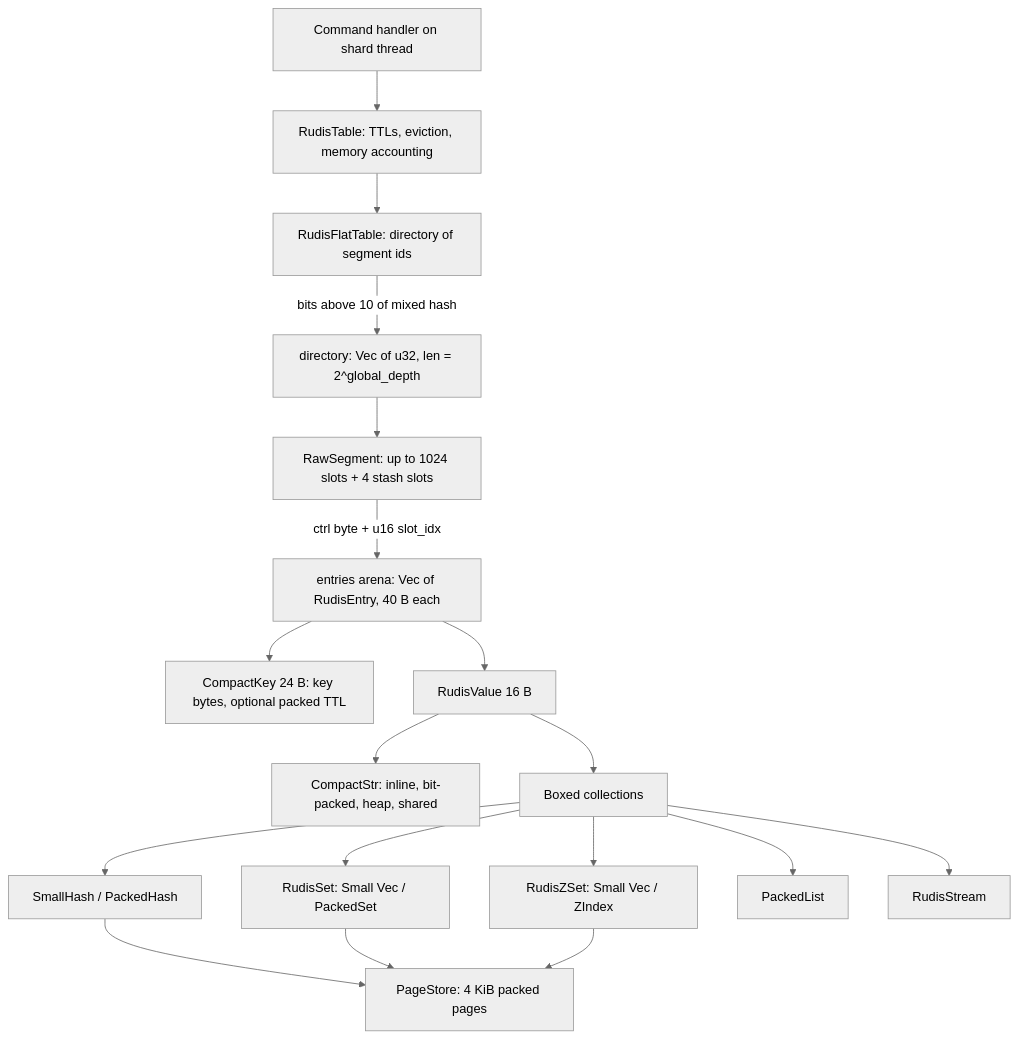
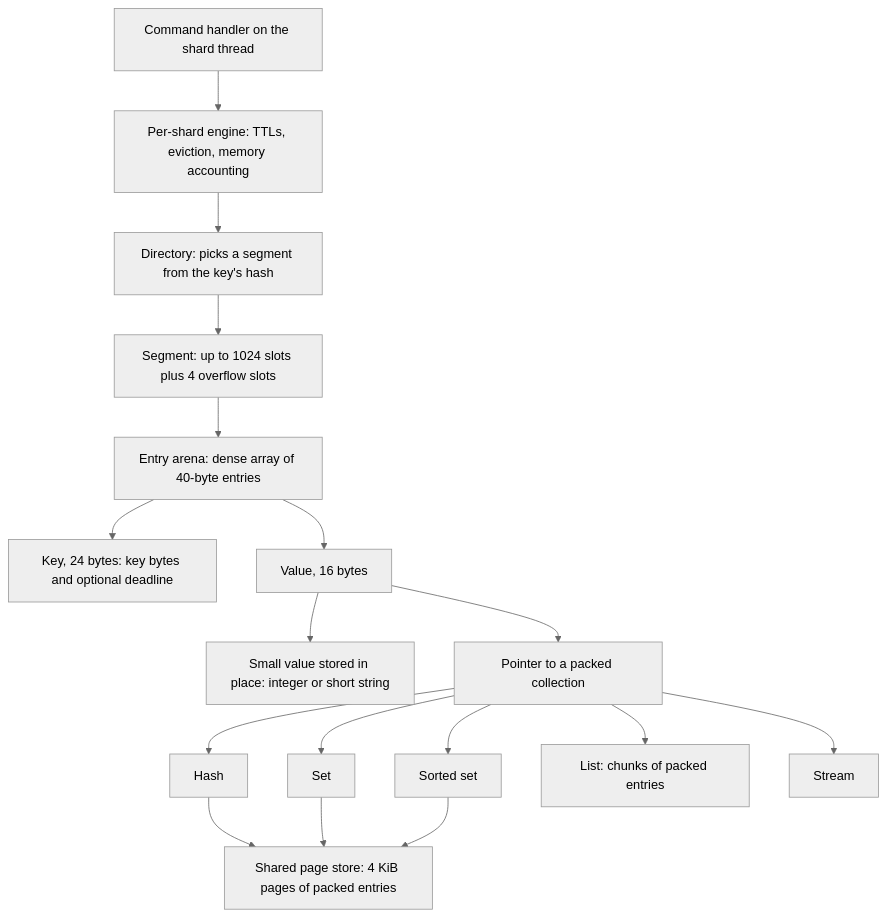
Before and after one commit to warrenzhu25/rudis: the diagram in docs/internal/05_storage_engine.md, drawn with Mermaid (neutral theme). The commit also changed other lines of this file and 18 other files, not shown here.

````diff
--- a/docs/internal/05_storage_engine.md
+++ b/docs/internal/05_storage_engine.md
@@ -40,20 +49,19 @@
 ```mermaid
 flowchart TD
-    CMD["Command handler on shard thread"] --> RT["RudisTable: TTLs, eviction, memory accounting"]
-    RT --> FT["RudisFlatTable: directory of segment ids"]
-    FT -->|"bits above 10 of mixed hash"| DIR["directory: Vec of u32, len = 2^global_depth"]
-    DIR --> SEG["RawSegment: up to 1024 slots + 4 stash slots"]
-    SEG -->|"ctrl byte + u16 slot_idx"| ARENA["entries arena: Vec of RudisEntry, 40 B each"]
-    ARENA --> KEY["CompactKey 24 B: key bytes, optional packed TTL"]
-    ARENA --> VAL["RudisValue 16 B"]
-    VAL --> STR["CompactStr: inline, bit-packed, heap, shared"]
-    VAL --> COLL["Boxed collections"]
-    COLL --> SH["SmallHash / PackedHash"]
-    COLL --> SET["RudisSet: Small Vec / PackedSet"]
-    COLL --> ZS["RudisZSet: Small Vec / ZIndex"]
-    COLL --> PL["PackedList"]
-    COLL --> ST["RudisStream"]
-    SH --> PS["PageStore: 4 KiB packed pages"]
-    SET --> PS
-    ZS --> PS
+    CMD["Command handler on the shard thread"] --> ENG["Per-shard engine: TTLs, eviction, memory accounting"]
+    ENG --> DIR["Directory: picks a segment from the key's hash"]
+    DIR --> SEG["Segment: up to 1024 slots plus 4 overflow slots"]
+    SEG --> ARENA["Entry arena: dense array of 40-byte entries"]
+    ARENA --> KEY["Key, 24 bytes: key bytes and optional deadline"]
+    ARENA --> VAL["Value, 16 bytes"]
+    VAL --> STR["Small value stored in place: integer or short string"]
+    VAL --> COLL["Pointer to a packed collection"]
+    COLL --> HASH["Hash"]
+    COLL --> SET["Set"]
+    COLL --> ZSET["Sorted set"]
+    COLL --> LIST["List: chunks of packed entries"]
+    COLL --> STREAM["Stream"]
+    HASH --> PAGES["Shared page store: 4 KiB pages of packed entries"]
+    SET --> PAGES
+    ZSET --> PAGES
 ```
````
